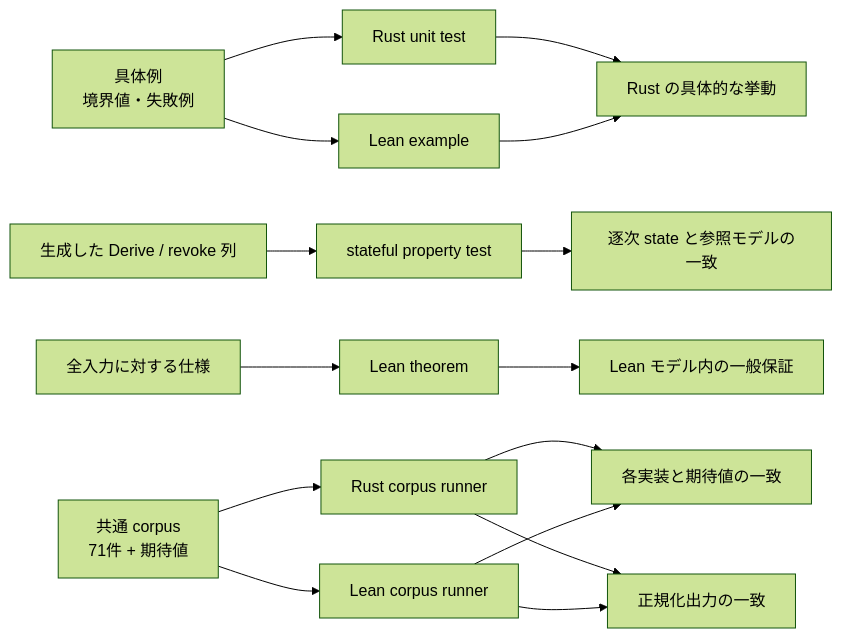
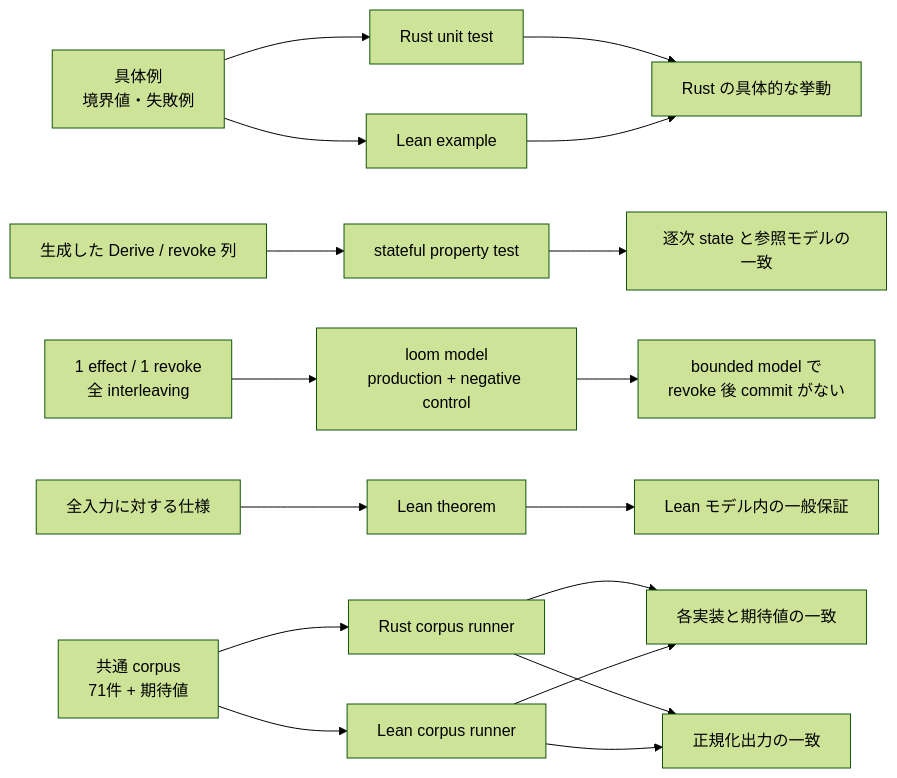
The diagram in docs/authority-core/verification.md (Aqua-218/SecCamp-AIAgent), drawn with Mermaid (forest theme) before and after one commit. The commit also changed other lines of this file and 10 other files, not shown here.

````diff
--- a/docs/authority-core/verification.md
+++ b/docs/authority-core/verification.md
@@ -21,18 +22,20 @@
 ```mermaid
 flowchart LR
     examples["具体例<br/>境界値・失敗例"] --> rust["Rust unit test"]
     sequences["生成した Derive / revoke 列"] --> property["stateful property test"]
+    races["1 effect / 1 revoke<br/>全 interleaving"] --> loom["loom model<br/>production + negative control"]
     examples --> leanExample["Lean example"]
     spec["全入力に対する仕様"] --> theorem["Lean theorem"]
     corpus["共通 corpus<br/>71件 + 期待値"] --> rustRunner["Rust corpus runner"]
     corpus --> leanRunner["Lean corpus runner"]
 
     rust --> confidence["Rust の具体的な挙動"]
     property --> stateConfidence["逐次 state と参照モデルの一致"]
+    loom --> raceConfidence["bounded model で<br/>revoke 後 commit がない"]
     leanExample --> confidence
     theorem --> guarantee["Lean モデル内の一般保証"]
     rustRunner --> oracle["各実装と期待値の一致"]
     leanRunner --> oracle
     rustRunner --> diff["正規化出力の一致"]
     leanRunner --> diff
 ```
````
